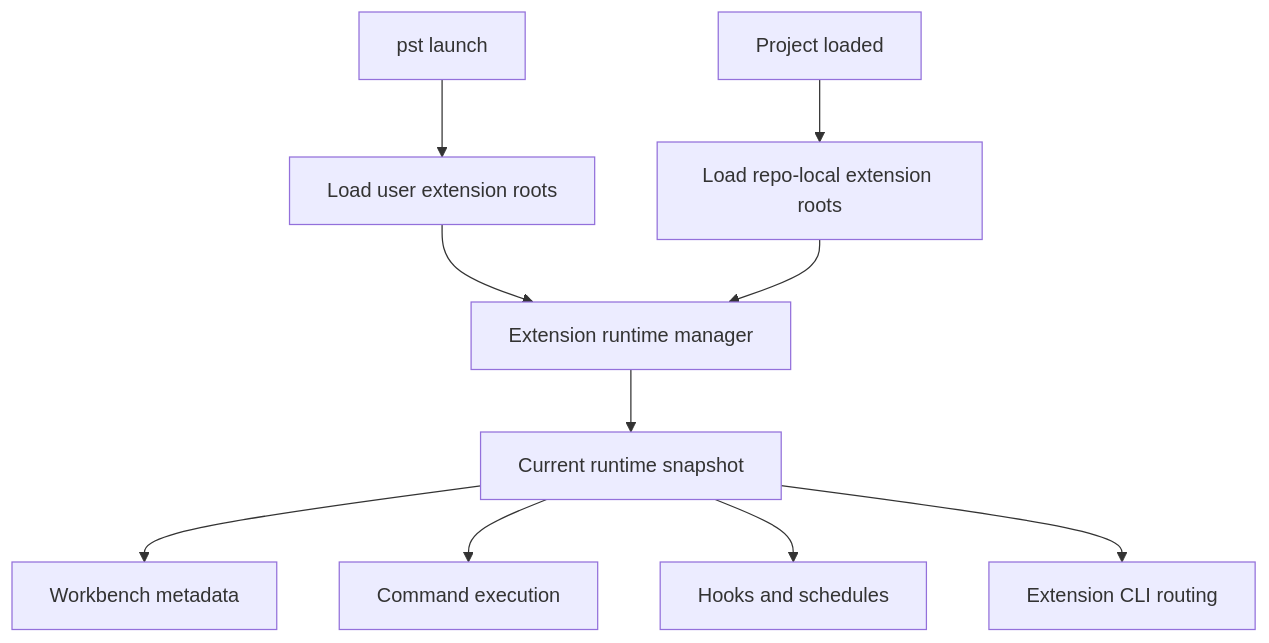
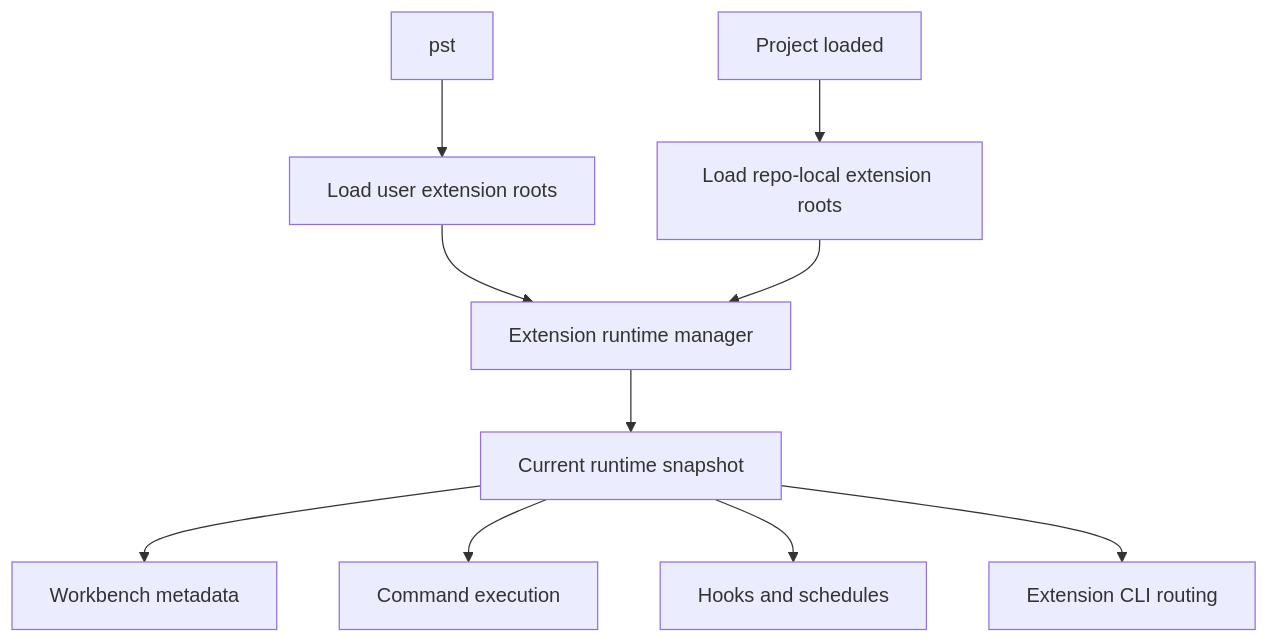
The first of 7 diagrams in .pstdio/docs/architecture/extensions-runtime.md (jenshorn/prompt-studio), drawn with Mermaid before and after one commit. The commit also changed other lines of this file and 98 other files, not shown here.

````diff
--- a/.pstdio/docs/architecture/extensions-runtime.md
+++ b/.pstdio/docs/architecture/extensions-runtime.md
@@ -45,14 +45,14 @@
 ```mermaid
 graph TD
-  Launch["pst launch"] --> UserRoots["Load user extension roots"]
+  Launch["pst"] --> UserRoots["Load user extension roots"]
   Project["Project loaded"] --> RepoRoots["Load repo-local extension roots"]
 
   UserRoots --> RuntimeManager["Extension runtime manager"]
   RepoRoots --> RuntimeManager
 
   RuntimeManager --> Snapshot["Current runtime snapshot"]
   Snapshot --> Workbench["Workbench metadata"]
   Snapshot --> Commands["Command execution"]
   Snapshot --> Hooks["Hooks and schedules"]
   Snapshot --> CLI["Extension CLI routing"]
 ```
````
